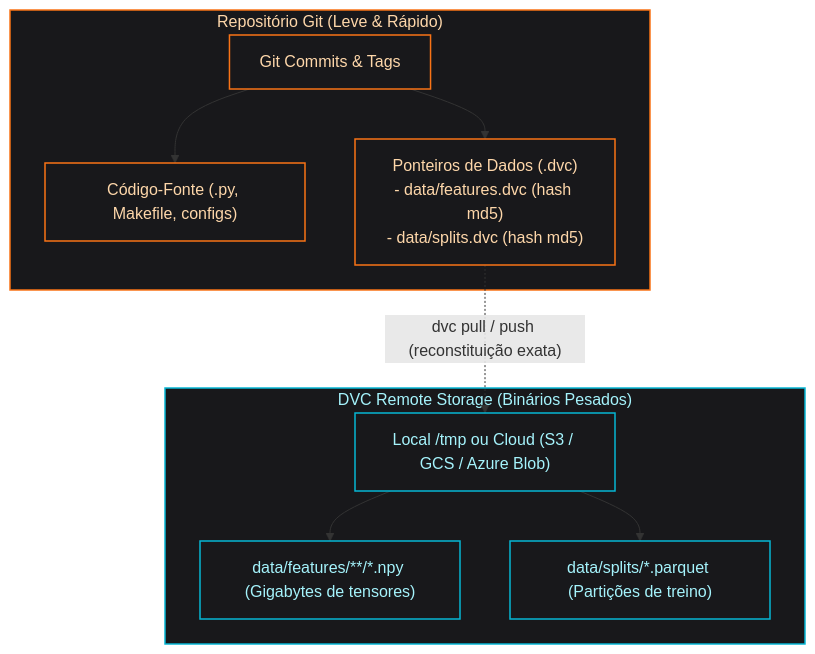
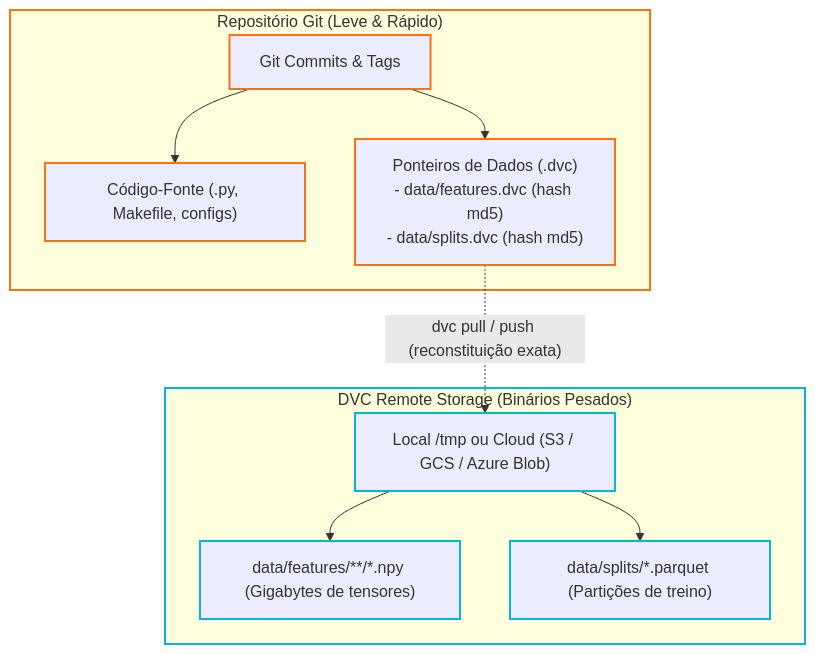
The diagram in docs/mlops-e-testes/versionamento-dvc.md (Oseiasdfarias/youfy), drawn with Mermaid before and after one commit. The commit also changed 7 other files, not shown here.

Commit message:
style(docs): compatibilidade completa dos diagramas mermaid com tema claro e escuro

````diff
--- a/docs/mlops-e-testes/versionamento-dvc.md
+++ b/docs/mlops-e-testes/versionamento-dvc.md
@@ -48,25 +48,25 @@
 ```mermaid
 flowchart TD
     subgraph GitRepo["Repositório Git (Leve & Rápido)"]
         Code["Código-Fonte (.py, Makefile, configs)"]
         Commit["Git Commits & Tags"]
         Pointers["Ponteiros de Dados (.dvc)<br/>- data/features.dvc (hash md5)<br/>- data/splits.dvc (hash md5)"]
     end
 
     subgraph DVCStorage["DVC Remote Storage (Binários Pesados)"]
         Remote["Local /tmp ou Cloud (S3 / GCS / Azure Blob)"]
         NpyBlobs["data/features/**/*.npy (Gigabytes de tensores)"]
         SplitBlobs["data/splits/*.parquet (Partições de treino)"]
     end
 
     Commit --> Code
     Commit --> Pointers
     Pointers -.->|"dvc pull / push (reconstituição exata)"| Remote
     Remote --> NpyBlobs
     Remote --> SplitBlobs
 
-    classDef git fill:#18181b,stroke:#f97316,stroke-width:1.5px,color:#fed7aa;
-    classDef dvc fill:#18181b,stroke:#06b6d4,stroke-width:1.5px,color:#a5f3fc;
+    classDef git stroke:#f97316,stroke-width:2px;
+    classDef dvc stroke:#06b6d4,stroke-width:2px;
     class GitRepo,Code,Commit,Pointers git;
     class DVCStorage,Remote,NpyBlobs,SplitBlobs dvc;
 ```
````
